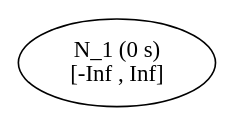
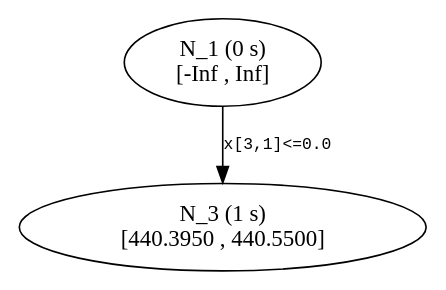
The diagram in previews/PR697/start/tree2.dot (atoptima/Coluna.jl), drawn with Graphviz before and after one commit. The commit also changed 16 other files, not shown here.

```diff
--- a/previews/PR697/start/tree2.dot
+++ b/previews/PR697/start/tree2.dot
@@ -1,6 +1,8 @@
 ## dot -Tpdf thisfile > thisfile.pdf 
 
 digraph Branching_Tree {
 	edge[fontname = "Courier", fontsize = 10];
 	n1 [label= "N_1 (0 s) \n[-Inf , Inf]"];
+	n3 [label= "N_3 (1 s) \n[440.3950 , 440.5500]"];
+	n1 -> n3 [label= "x[3,1]<=0.0"];
 }
```
